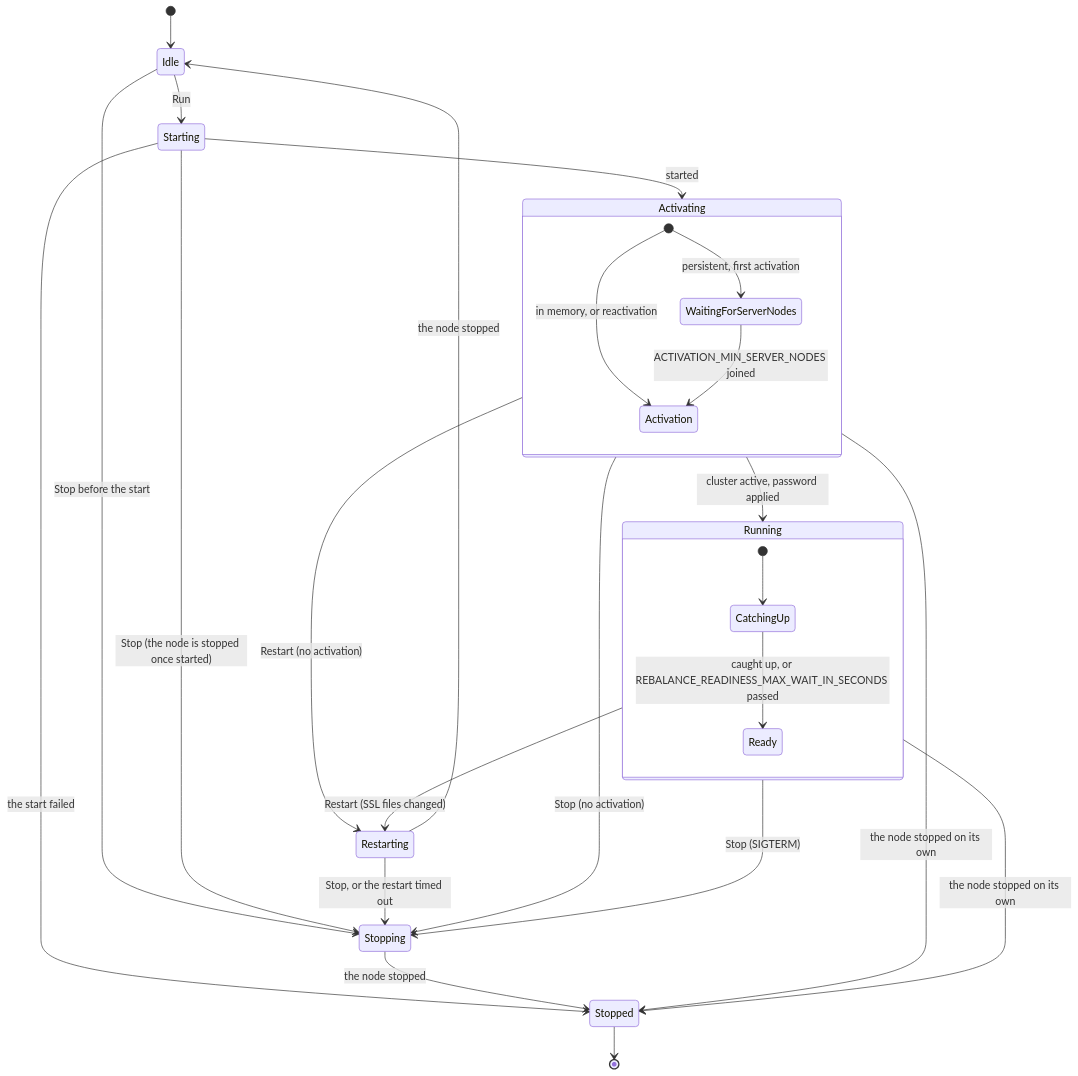
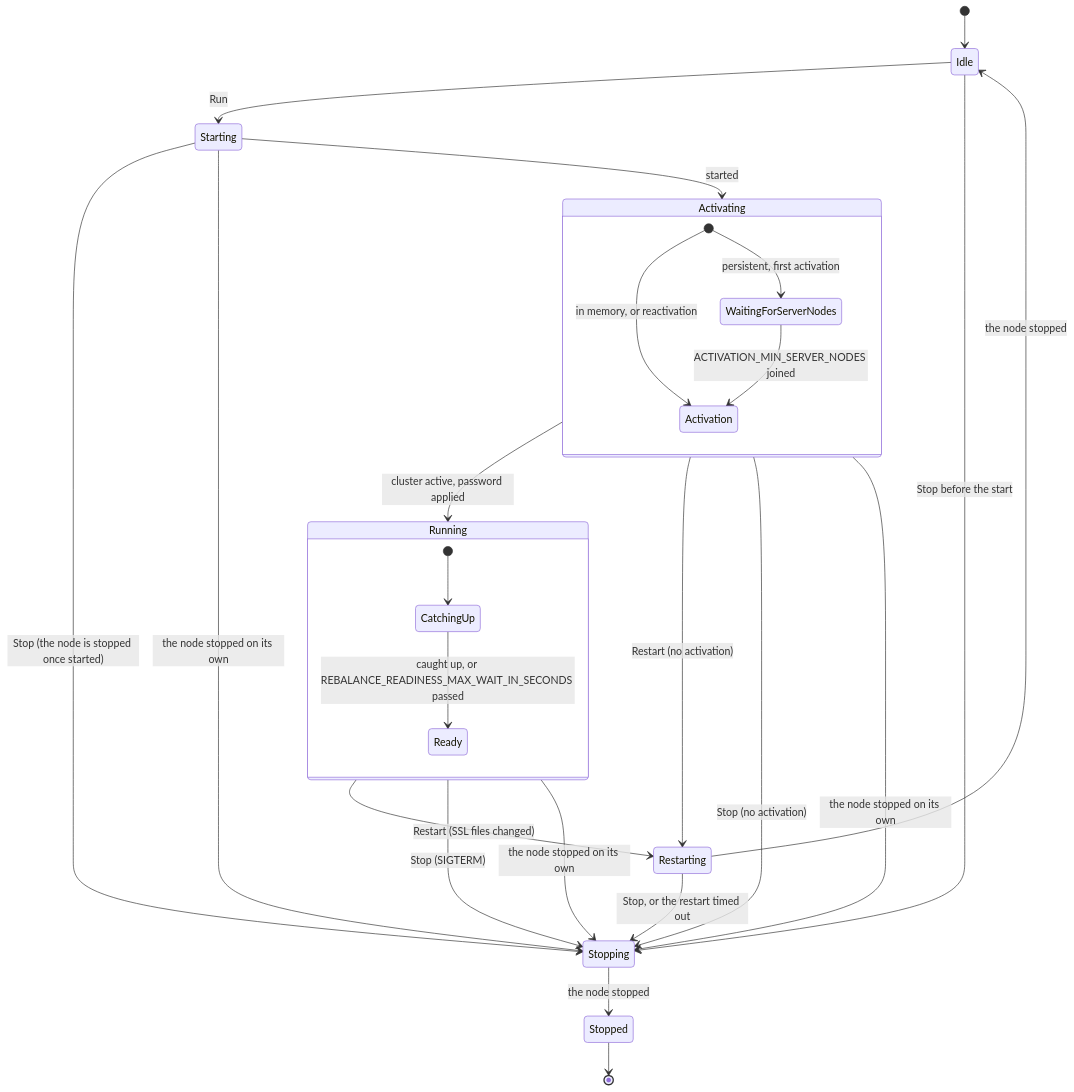
One commit to dradoaica/AspNetCore.Ignite changed the third of 5 diagrams in docs/architecture.md. Above: the diagram before and after it, drawn with Mermaid. The commit also changed other lines of this file and 4 other files, not shown here.

First line of the commit message:
A node that stops on its own goes to Stopping at once; NodeRun in its own file owns the node's one stop

````diff
--- a/docs/architecture.md
+++ b/docs/architecture.md
@@ -120,29 +120,29 @@
 ```mermaid
 stateDiagram-v2
     [*] --> Idle
     Idle --> Starting: Run
     Idle --> Stopping: Stop before the start
     Starting --> Activating: started
     state Activating {
         [*] --> WaitingForServerNodes: persistent, first activation
         [*] --> Activation: in memory, or reactivation
         WaitingForServerNodes --> Activation: ACTIVATION_MIN_SERVER_NODES joined
     }
     Activating --> Running: cluster active, password applied
     state Running {
         [*] --> CatchingUp
         CatchingUp --> Ready: caught up, or REBALANCE_READINESS_MAX_WAIT_IN_SECONDS passed
     }
     Activating --> Restarting: Restart (no activation)
     Running --> Restarting: Restart (SSL files changed)
     Restarting --> Idle: the node stopped
     Starting --> Stopping: Stop (the node is stopped once started)
-    Starting --> Stopped: the start failed
     Activating --> Stopping: Stop (no activation)
     Running --> Stopping: Stop (SIGTERM)
     Restarting --> Stopping: Stop, or the restart timed out
+    Starting --> Stopping: the node stopped on its own
+    Activating --> Stopping: the node stopped on its own
+    Running --> Stopping: the node stopped on its own
     Stopping --> Stopped: the node stopped
-    Activating --> Stopped: the node stopped on its own
-    Running --> Stopped: the node stopped on its own
     Stopped --> [*]
 ```
````
